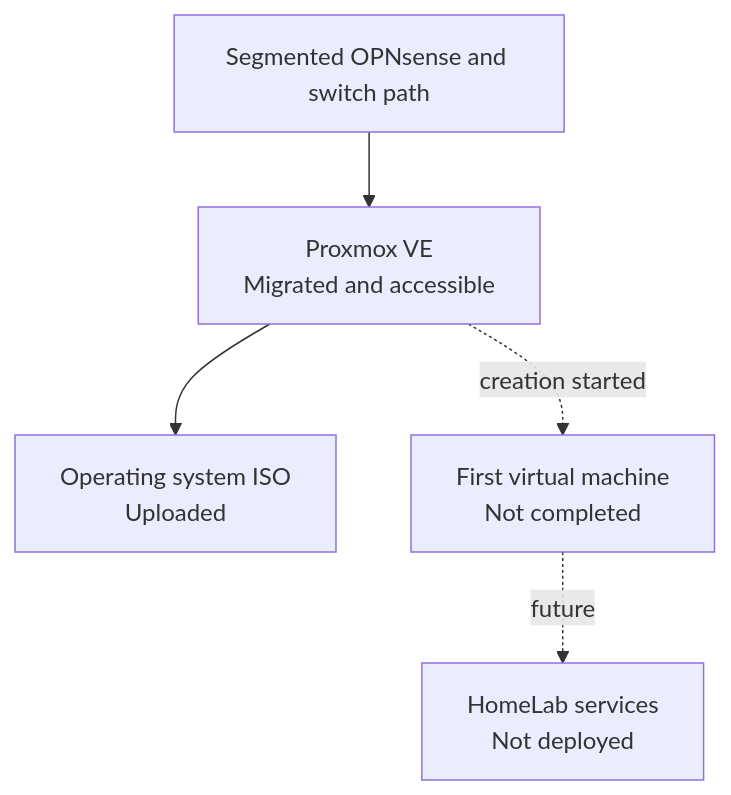
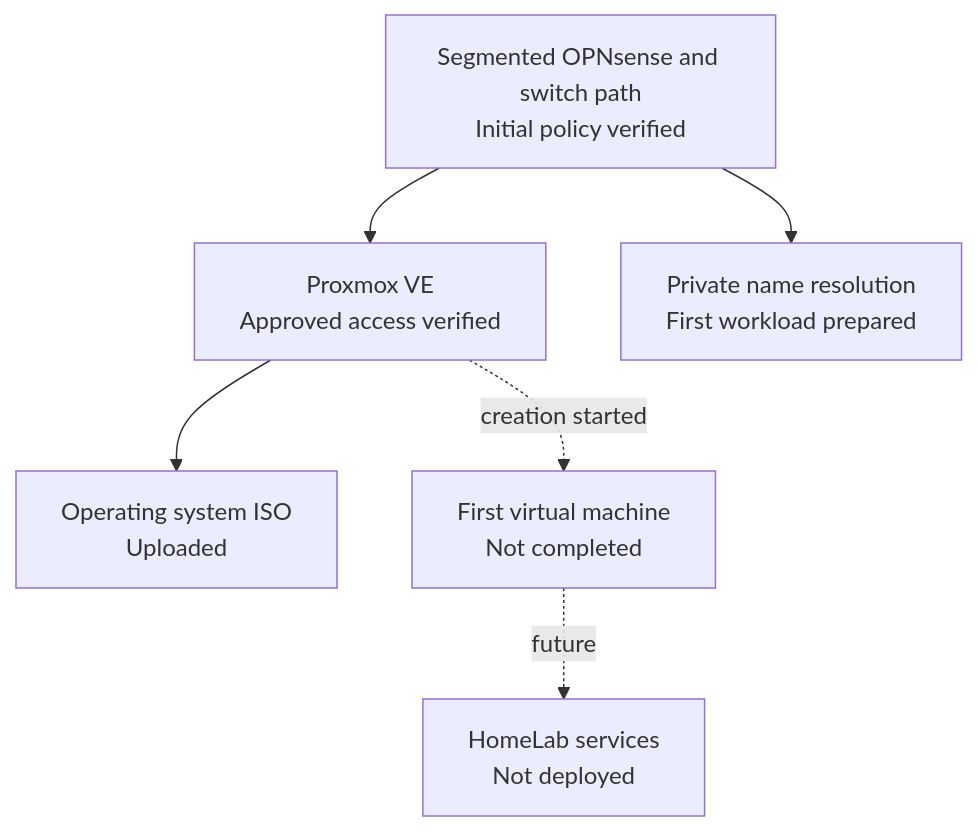
The diagram in docs/proxmox-installation.md (DeadPol8789/homelab), drawn with Mermaid before and after one commit. The commit also changed other lines of this file and 8 other files, not shown here.

First line of the commit message:
Document initial network policy foundation (#4)

````diff
--- a/docs/proxmox-installation.md
+++ b/docs/proxmox-installation.md
@@ -50,7 +53,8 @@
 ```mermaid
 flowchart TD
-    NET["Segmented OPNsense and switch path"] --> PVE["Proxmox VE<br/>Migrated and accessible"]
+    NET["Segmented OPNsense and switch path<br/>Initial policy verified"] --> PVE["Proxmox VE<br/>Approved access verified"]
     PVE --> ISO["Operating system ISO<br/>Uploaded"]
+    NET --> DNS["Private name resolution<br/>First workload prepared"]
     PVE -. "creation started" .-> VM["First virtual machine<br/>Not completed"]
     VM -. "future" .-> SVC["HomeLab services<br/>Not deployed"]
 ```
````
